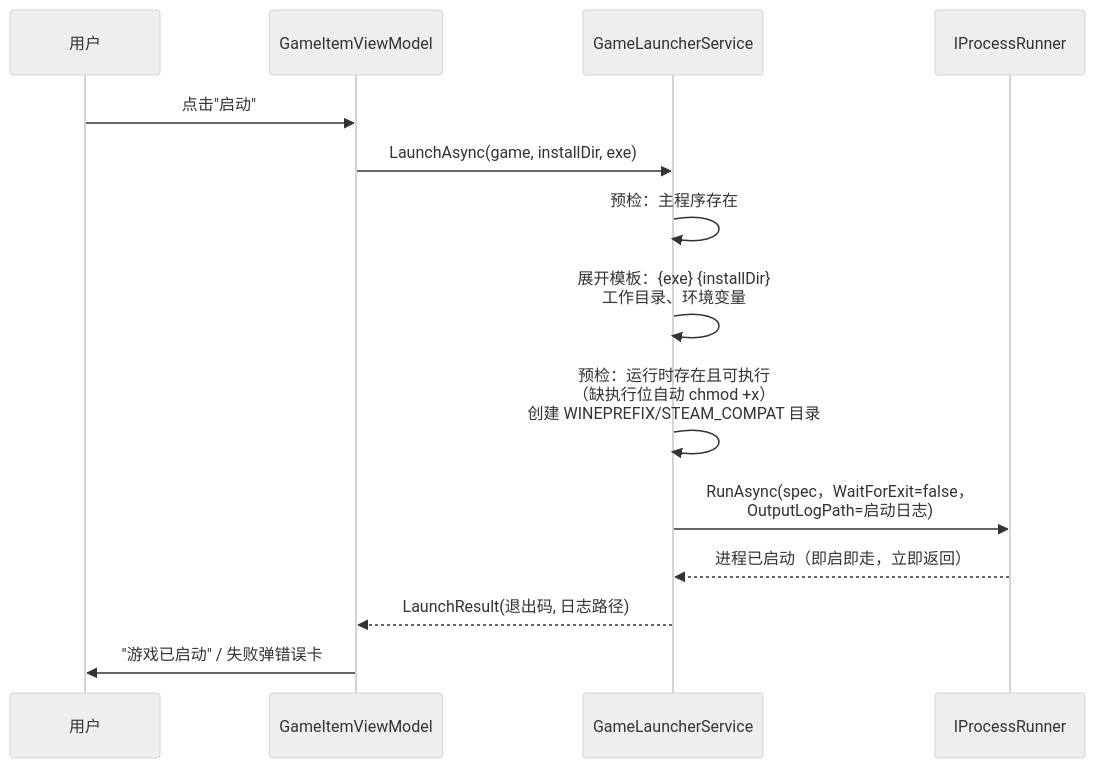
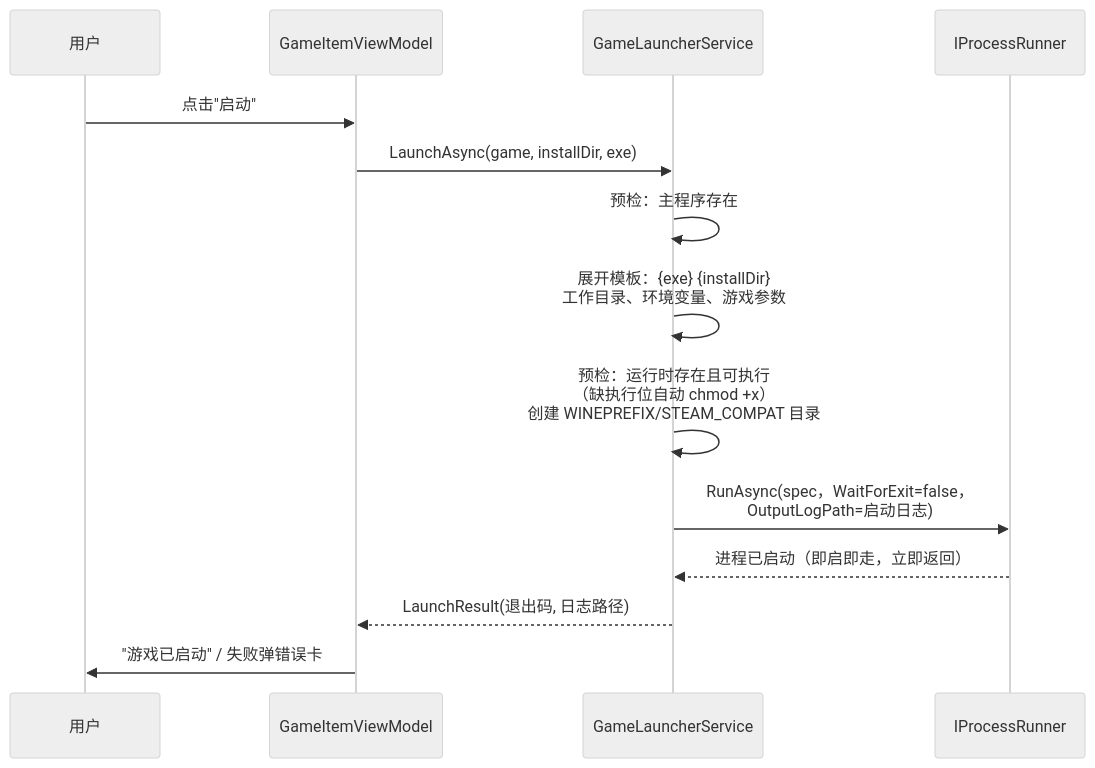
Before and after one commit to AngelBeats-Kanade/YetAnotherGameLauncher: the second of 7 diagrams in docs/ARCHITECTURE.md, drawn with Mermaid (neutral theme). The commit also changed other lines of this file and 5 other files, not shown here.

````diff
--- a/docs/ARCHITECTURE.md
+++ b/docs/ARCHITECTURE.md
@@ -119,17 +119,17 @@
 ```mermaid
 sequenceDiagram
     participant U as 用户
     participant VM as GameItemViewModel
     participant LS as GameLauncherService
     participant PR as IProcessRunner
 
     U->>VM: 点击"启动"
     VM->>LS: LaunchAsync(game, installDir, exe)
     LS->>LS: 预检：主程序存在
-    LS->>LS: 展开模板：{exe} {installDir}<br/>工作目录、环境变量
+    LS->>LS: 展开模板：{exe} {installDir}<br/>工作目录、环境变量、游戏参数
     LS->>LS: 预检：运行时存在且可执行<br/>（缺执行位自动 chmod +x）<br/>创建 WINEPREFIX/STEAM_COMPAT 目录
     LS->>PR: RunAsync(spec，WaitForExit=false，<br/>OutputLogPath=启动日志)
     PR-->>LS: 进程已启动（即启即走，立即返回）
     LS-->>VM: LaunchResult(退出码, 日志路径)
     VM->>U: "游戏已启动" / 失败弹错误卡
 ```
````
